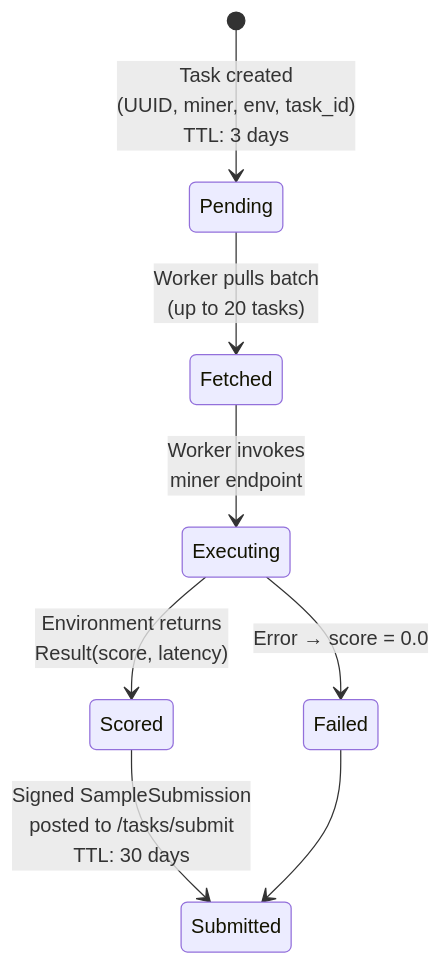
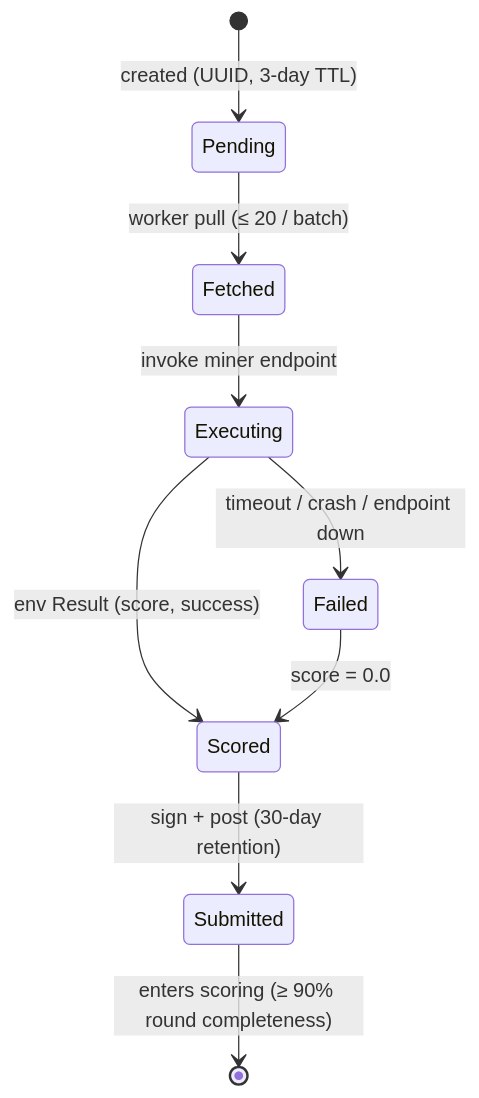
One commit to AffineFoundation/affine-whitepaper-docs changed the diagram in src/content/docs/mechanism/task-lifecycle.mdx. Above: the diagram before and after it, drawn with Mermaid. The commit also changed other lines of this file and 1 other file, not shown here.

````diff
--- a/src/content/docs/mechanism/task-lifecycle.mdx
+++ b/src/content/docs/mechanism/task-lifecycle.mdx
@@ -11,21 +21,11 @@
 ```mermaid
 stateDiagram-v2
-    [*] --> Pending : Task created<br>(UUID, miner, env, task_id)<br>TTL: 3 days
-    Pending --> Fetched : Worker pulls batch<br>(up to 20 tasks)
-    Fetched --> Executing : Worker invokes<br>miner endpoint
-    Executing --> Scored : Environment returns<br>Result(score, latency)
-    Executing --> Failed : Error → score = 0.0
-    Scored --> Submitted : Signed SampleSubmission<br>posted to /tasks/submit<br>TTL: 30 days
-    Failed --> Submitted
-
-
-
-
-
-
-    class Pending waiting
-    class Fetched,Executing active
-    class Scored success
-    class Failed error
-    class Submitted done
+    [*] --> Pending: created (UUID, 3-day TTL)
+    Pending --> Fetched: worker pull (≤ 20 / batch)
+    Fetched --> Executing: invoke miner endpoint
+    Executing --> Scored: env Result (score, success)
+    Executing --> Failed: timeout / crash / endpoint down
+    Failed --> Scored: score = 0.0
+    Scored --> Submitted: sign + post (30-day retention)
+    Submitted --> [*]: enters scoring (≥ 90% round completeness)
 ```
````
